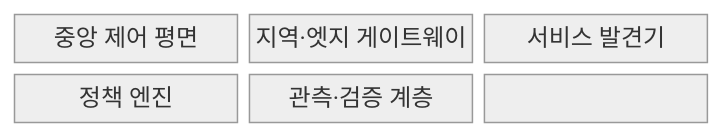
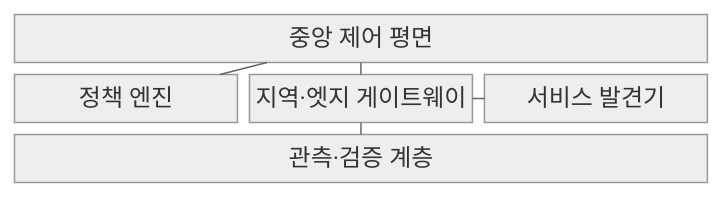
The first of 2 diagrams in src/content/docs/notes/04-network/101_distributed_cloud_networking.md (agnusdei1207/knowledge-base), drawn with Mermaid (neutral theme) before and after one commit. The commit also changed other lines of this file and 16 other files, not shown here.

````diff
--- a/src/content/docs/notes/04-network/101_distributed_cloud_networking.md
+++ b/src/content/docs/notes/04-network/101_distributed_cloud_networking.md
@@ -52,11 +52,13 @@
 ```mermaid
 block-beta
     columns 3
-    A["중앙 제어 평면"]
-    B["지역·엣지 게이트웨이"]
-    C["서비스 발견기"]
-    D["정책 엔진"]
-    E["관측·검증 계층"]
-    A --- B --- C
-    C --- D --- E
+    CP["중앙 제어 평면"]:3
+    PE["정책 엔진"]
+    GW["지역·엣지 게이트웨이"]
+    SD["서비스 발견기"]
+    OBS["관측·검증 계층"]:3
+    CP --- PE
+    CP --- GW
+    GW --- SD
+    GW --- OBS
 ```
````
